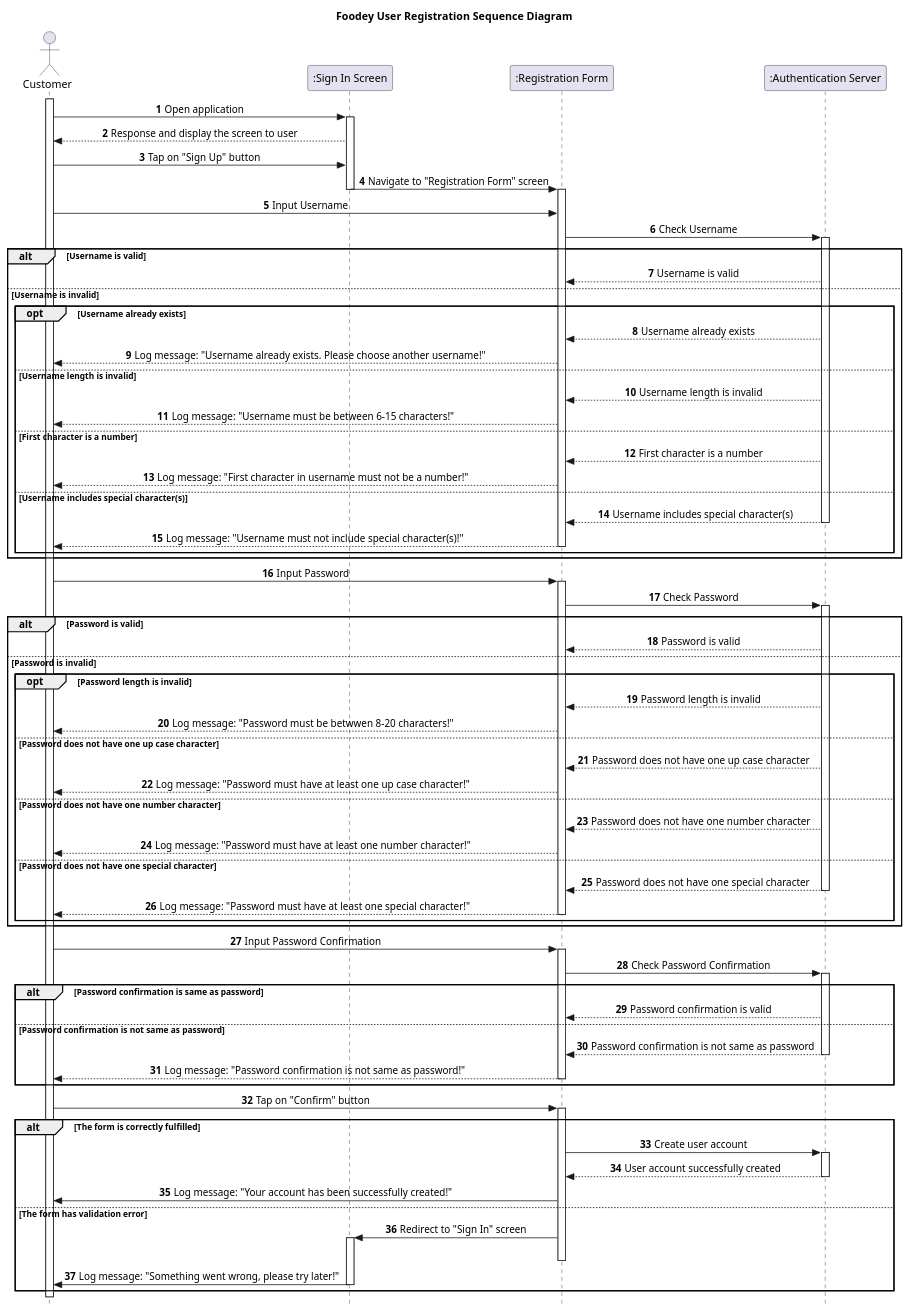
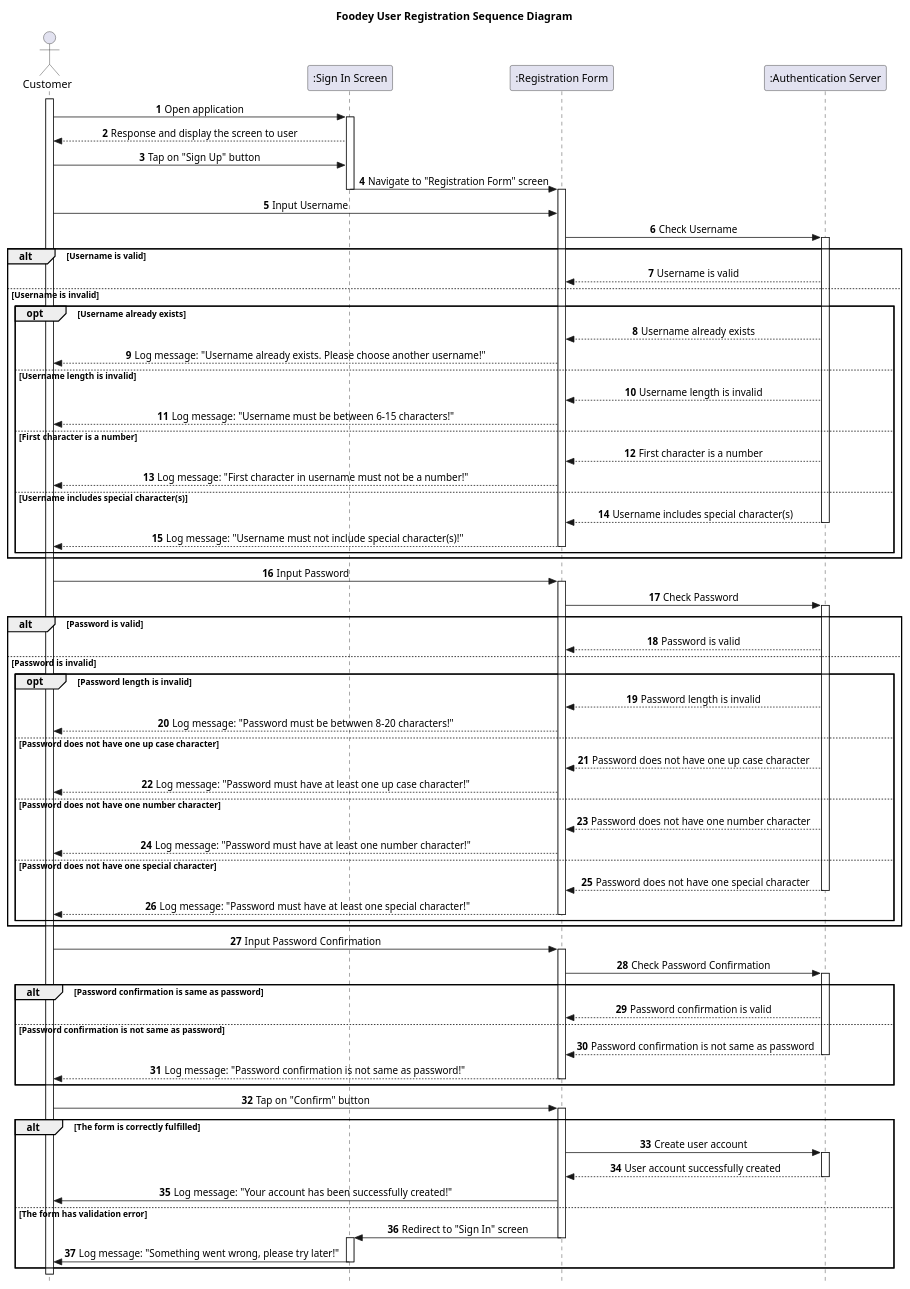
Before and after one commit to ledoantantri/SE357-Pratice-class: the diagram in Lab 1/Lab 1.2/sequence.wsd, drawn with PlantUML. The commit also changed other lines of this file, not shown here.

```diff
--- a/Lab 1/Lab 1.2/sequence.wsd
+++ b/Lab 1/Lab 1.2/sequence.wsd
@@ -1,112 +1,112 @@
 @startuml Foodey_sequence
 
 title Foodey User Registration Sequence Diagram
 
 skinparam Style strictuml
 skinparam sequenceMessageAlign center
 
 actor "Customer" as Cm
 participant ":Sign In Screen" as SI
 participant ":Registration Form" as RF
 participant ":Authentication Server" as AS
 
 autonumber
 
 activate Cm
 Cm -> SI: Open application
 
 activate SI
 SI --> Cm: Response and display the screen to user
 
 
 Cm -> SI: Tap on "Sign Up" button
 SI -> RF: Navigate to "Registration Form" screen
 deactivate SI
 
 activate RF
 
 '=============== Username ==============='
 Cm -> RF: Input Username
 RF -> AS: Check Username
 activate AS
 
 alt Username is valid
     AS --> RF: Username is valid
 else Username is invalid
     opt Username already exists
         AS --> RF: Username already exists
         RF --> Cm: Log message: "Username already exists. Please choose another username!"
     else Username length is invalid
         AS --> RF: Username length is invalid
         RF --> Cm: Log message: "Username must be between 6-15 characters!"
     else First character is a number
         AS --> RF: First character is a number
         RF --> Cm: Log message: "First character in username must not be a number!"
     else Username includes special character(s)
         AS --> RF: Username includes special character(s)
         deactivate AS
         RF --> Cm: Log message: "Username must not include special character(s)!"
         deactivate RF
     end
 end
 
 
 '=============== Password ==============='
 Cm -> RF: Input Password
 activate RF
 RF -> AS: Check Password
 activate AS
 
 alt Password is valid
     AS --> RF: Password is valid
 else Password is invalid
     opt Password length is invalid
         AS --> RF: Password length is invalid
         RF --> Cm: Log message: "Password must be betwwen 8-20 characters!"
     else Password does not have one up case character
         AS --> RF: Password does not have one up case character
         RF --> Cm: Log message: "Password must have at least one up case character!"
     else Password does not have one number character
         AS --> RF: Password does not have one number character
         RF --> Cm: Log message: "Password must have at least one number character!"
     else Password does not have one special character
         AS --> RF: Password does not have one special character
         deactivate AS
         RF --> Cm: Log message: "Password must have at least one special character!"
         deactivate RF
     end
 end
 
 '=============== Password Confirmation ==============='
 Cm -> RF: Input Password Confirmation
 activate RF
 RF -> AS: Check Password Confirmation
 activate AS
 
 alt Password confirmation is same as password
     AS --> RF: Password confirmation is valid
 else Password confirmation is not same as password
     AS --> RF: Password confirmation is not same as password
     deactivate AS
     RF --> Cm: Log message: "Password confirmation is not same as password!"
         deactivate RF
 end
 
 '=============== Confirm Registration Form ==============='
 Cm -> RF: Tap on "Confirm" button
 activate RF
 
 alt The form is correctly fulfilled
     RF -> AS: Create user account
     activate AS
     AS --> RF: User account successfully created
     deactivate AS
     RF -> Cm: Log message: "Your account has been successfully created!"
 else The form has validation error 
     RF -> SI: Redirect to "Sign In" screen
+    deactivate RF
     activate SI
-    deactivate RF
     SI -> Cm: Log message: "Something went wrong, please try later!"
     deactivate SI
 end
 @enduml
```
